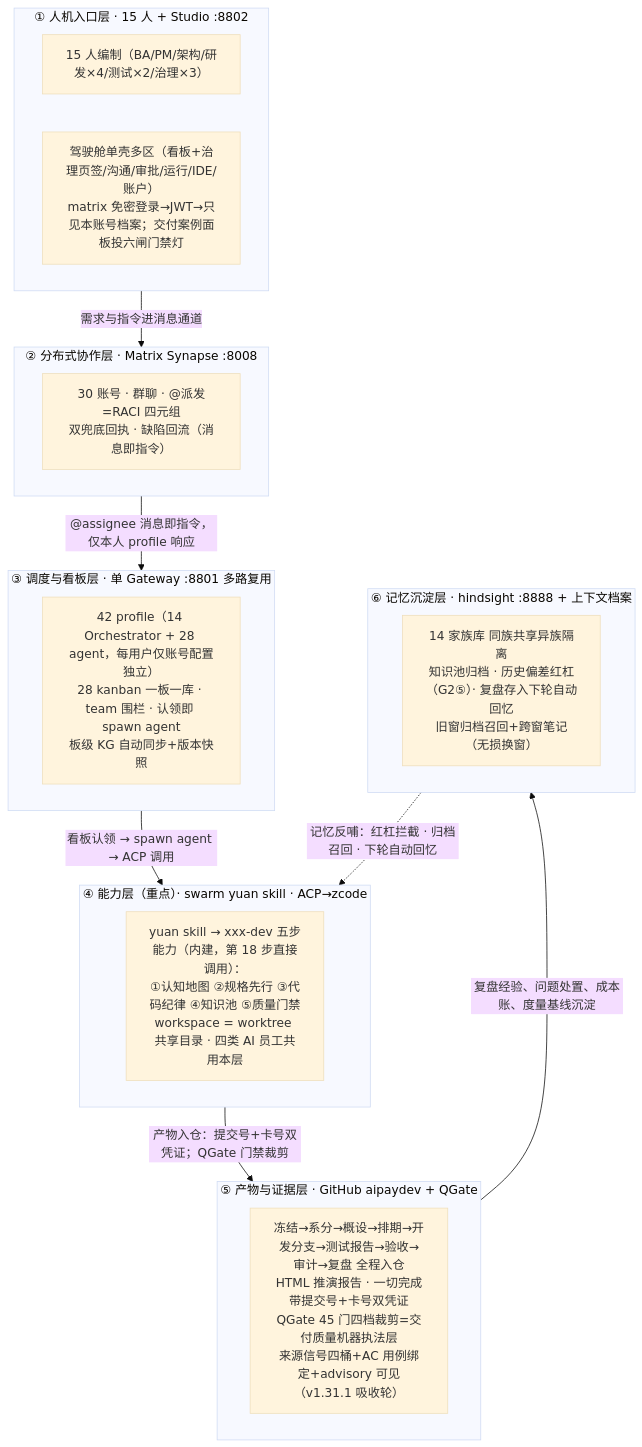
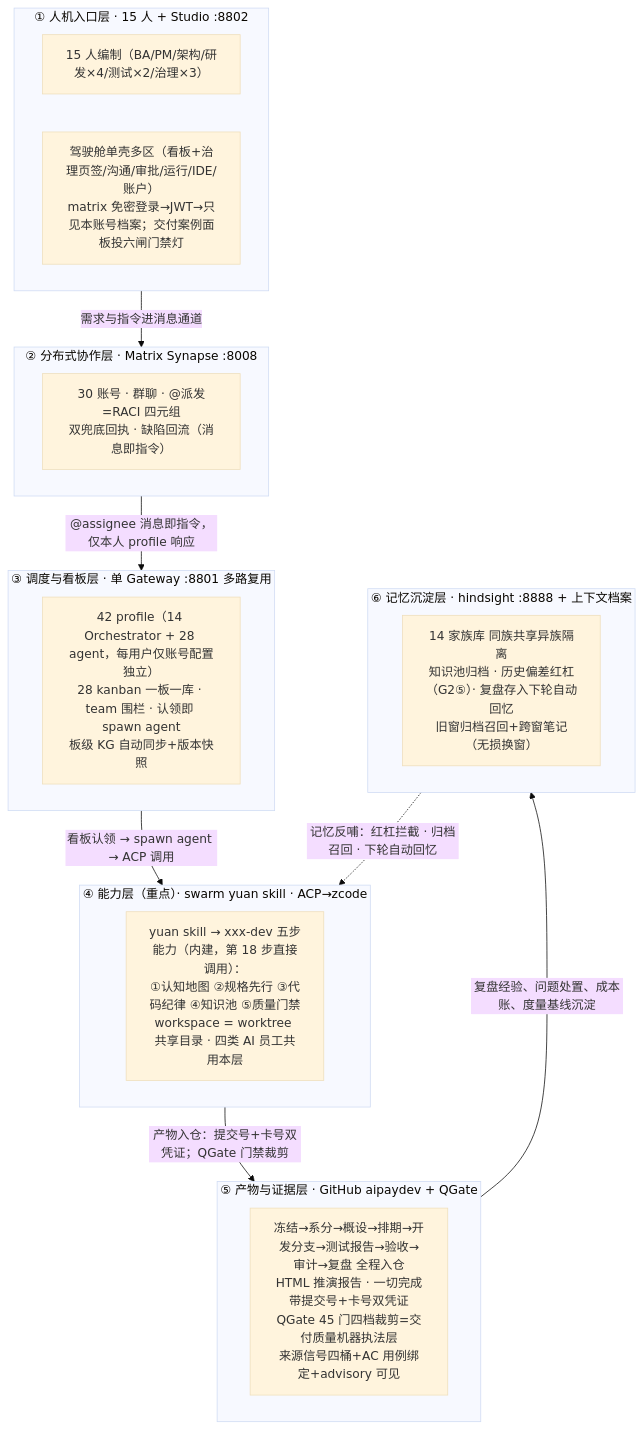
Before and after one commit to issac-new/SwarmStudio: the third of 3 diagrams in docs/superpowers/specs/2026-10-05-mux-v8-fullflow-plan.md, drawn with Mermaid (base theme). The commit also changed other lines of this file, not shown here.

````diff
--- a/docs/superpowers/specs/2026-10-05-mux-v8-fullflow-plan.md
+++ b/docs/superpowers/specs/2026-10-05-mux-v8-fullflow-plan.md
@@ -162,28 +151,28 @@
 ```mermaid
 graph TB
     subgraph L1["① 人机入口层 · 15 人 + Studio :8802"]
         U["15 人编制（BA/PM/架构/研发×4/测试×2/治理×3）"]
         ST["驾驶舱单壳多区（看板+治理页签/沟通/审批/运行/IDE/账户）<br/>matrix 免密登录→JWT→只见本账号档案；交付案例面板投六闸门禁灯"]
     end
     subgraph L2["② 分布式协作层 · Matrix Synapse :8008"]
         MX["30 账号 · 群聊 · @派发=RACI 四元组<br/>双兜底回执 · 缺陷回流（消息即指令）"]
     end
     subgraph L3["③ 调度与看板层 · 单 Gateway :8801 多路复用"]
         GW["42 profile（14 Orchestrator + 28 agent，每用户仅账号配置独立）<br/>28 kanban 一板一库 · team 围栏 · 认领即 spawn agent<br/>板级 KG 自动同步+版本快照"]
     end
     subgraph L4["④ 能力层（重点）· swarm yuan skill · ACP→zcode"]
         SK["yuan skill → xxx-dev 五步能力（内建，第 18 步直接调用）：<br/>①认知地图 ②规格先行 ③代码纪律 ④知识池 ⑤质量门禁<br/>workspace = worktree 共享目录 · 四类 AI 员工共用本层"]
     end
     subgraph L5["⑤ 产物与证据层 · GitHub aipaydev + QGate"]
-        ART["冻结→系分→概设→排期→开发分支→测试报告→验收→审计→复盘 全程入仓<br/>HTML 推演报告 · 一切完成带提交号+卡号双凭证<br/>QGate 45 门四档裁剪=交付质量机器执法层<br/>来源信号四桶+AC 用例绑定+advisory 可见（v1.31.1 吸收轮）"]
+        ART["冻结→系分→概设→排期→开发分支→测试报告→验收→审计→复盘 全程入仓<br/>HTML 推演报告 · 一切完成带提交号+卡号双凭证<br/>QGate 45 门四档裁剪=交付质量机器执法层<br/>来源信号四桶+AC 用例绑定+advisory 可见"]
     end
     subgraph L6["⑥ 记忆沉淀层 · hindsight :8888 + 上下文档案"]
         MEM["14 家族库 同族共享异族隔离<br/>知识池归档 · 历史偏差红杠（G2⑤）· 复盘存入下轮自动回忆<br/>旧窗归档召回+跨窗笔记（无损换窗）"]
     end
     L1 -->|"需求与指令进消息通道"| L2
     L2 -->|"@assignee 消息即指令，仅本人 profile 响应"| L3
     L3 -->|"看板认领 → spawn agent → ACP 调用"| L4
     L4 -->|"产物入仓：提交号+卡号双凭证；QGate 门禁裁剪"| L5
     L5 -->|"复盘经验、问题处置、成本账、度量基线沉淀"| L6
     L6 -.->|"记忆反哺：红杠拦截 · 归档召回 · 下轮自动回忆"| L4
 ```
````
